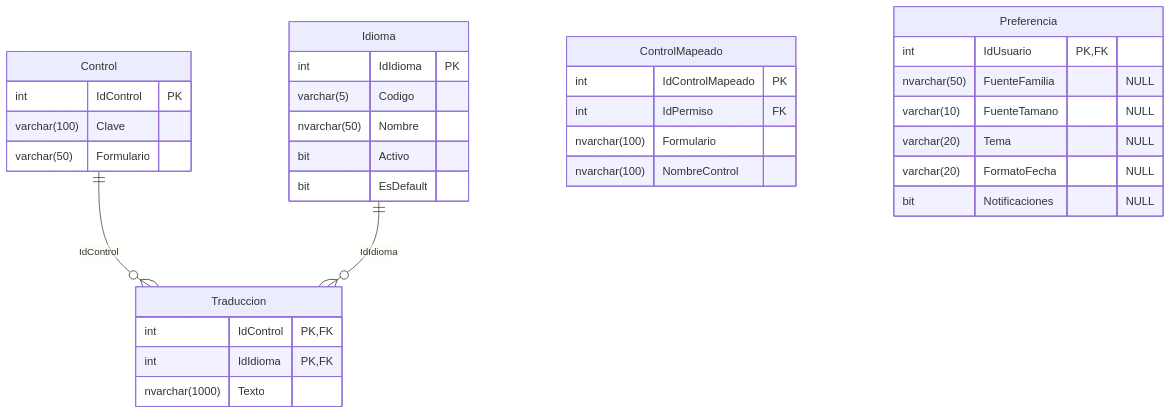
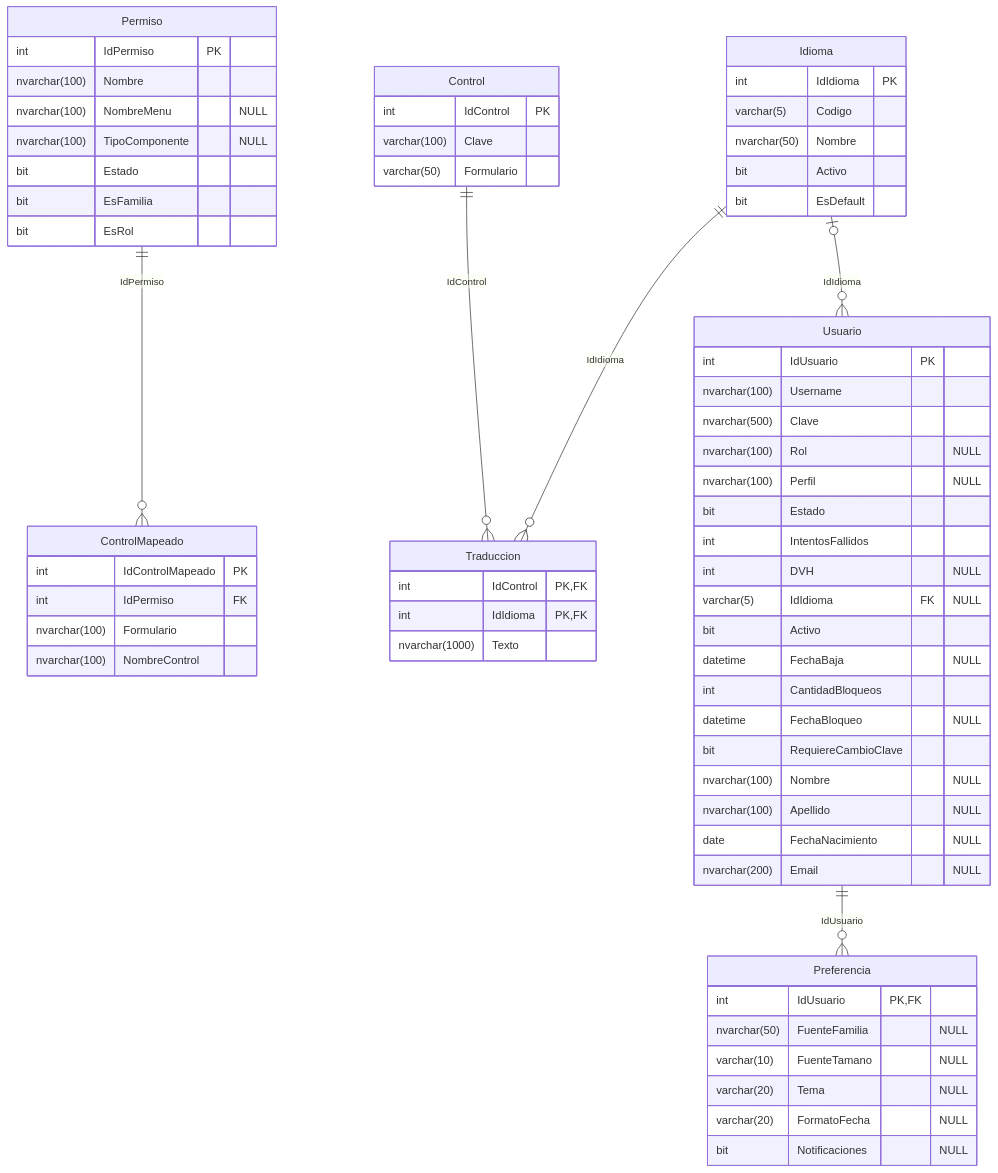
One commit to valentinamorana/Trabajo-de-Diploma changed the diagram in docs/diagramas/mermaid/DER_T05_idiomas.mmd. Above: the diagram before and after it, drawn with Mermaid. The commit also changed 18 other files, not shown here.

```diff
--- a/docs/diagramas/mermaid/DER_T05_idiomas.mmd
+++ b/docs/diagramas/mermaid/DER_T05_idiomas.mmd
@@ -1,34 +1,66 @@
 erDiagram
+  Permiso ||--o{ ControlMapeado : "IdPermiso"
+  Usuario ||--o{ Preferencia : "IdUsuario"
   Control ||--o{ Traduccion : "IdControl"
   Idioma ||--o{ Traduccion : "IdIdioma"
+  Idioma |o--o{ Usuario : "IdIdioma"
   Idioma {
     int IdIdioma PK
     varchar(5) Codigo
     nvarchar(50) Nombre
     bit Activo
     bit EsDefault
   }
   Traduccion {
     int IdControl PK,FK
     int IdIdioma PK,FK
     nvarchar(1000) Texto
   }
   Control {
     int IdControl PK
     varchar(100) Clave
     varchar(50) Formulario
   }
   ControlMapeado {
     int IdControlMapeado PK
     int IdPermiso FK
     nvarchar(100) Formulario
     nvarchar(100) NombreControl
   }
   Preferencia {
     int IdUsuario PK,FK
     nvarchar(50) FuenteFamilia "NULL"
     varchar(10) FuenteTamano "NULL"
     varchar(20) Tema "NULL"
     varchar(20) FormatoFecha "NULL"
     bit Notificaciones "NULL"
   }
+  Usuario {
+    int IdUsuario PK
+    nvarchar(100) Username
+    nvarchar(500) Clave
+    nvarchar(100) Rol "NULL"
+    nvarchar(100) Perfil "NULL"
+    bit Estado
+    int IntentosFallidos
+    int DVH "NULL"
+    varchar(5) IdIdioma FK "NULL"
+    bit Activo
+    datetime FechaBaja "NULL"
+    int CantidadBloqueos
+    datetime FechaBloqueo "NULL"
+    bit RequiereCambioClave
+    nvarchar(100) Nombre "NULL"
+    nvarchar(100) Apellido "NULL"
+    date FechaNacimiento "NULL"
+    nvarchar(200) Email "NULL"
+  }
+  Permiso {
+    int IdPermiso PK
+    nvarchar(100) Nombre
+    nvarchar(100) NombreMenu "NULL"
+    nvarchar(100) TipoComponente "NULL"
+    bit Estado
+    bit EsFamilia
+    bit EsRol
+  }
```
